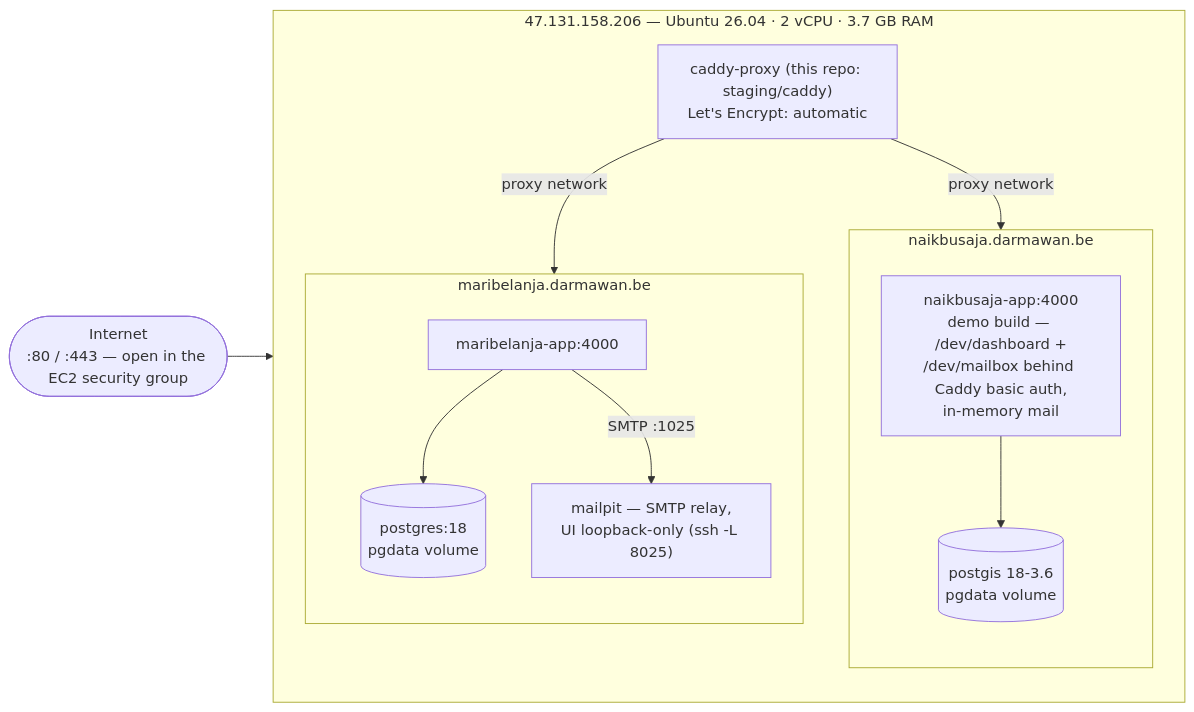
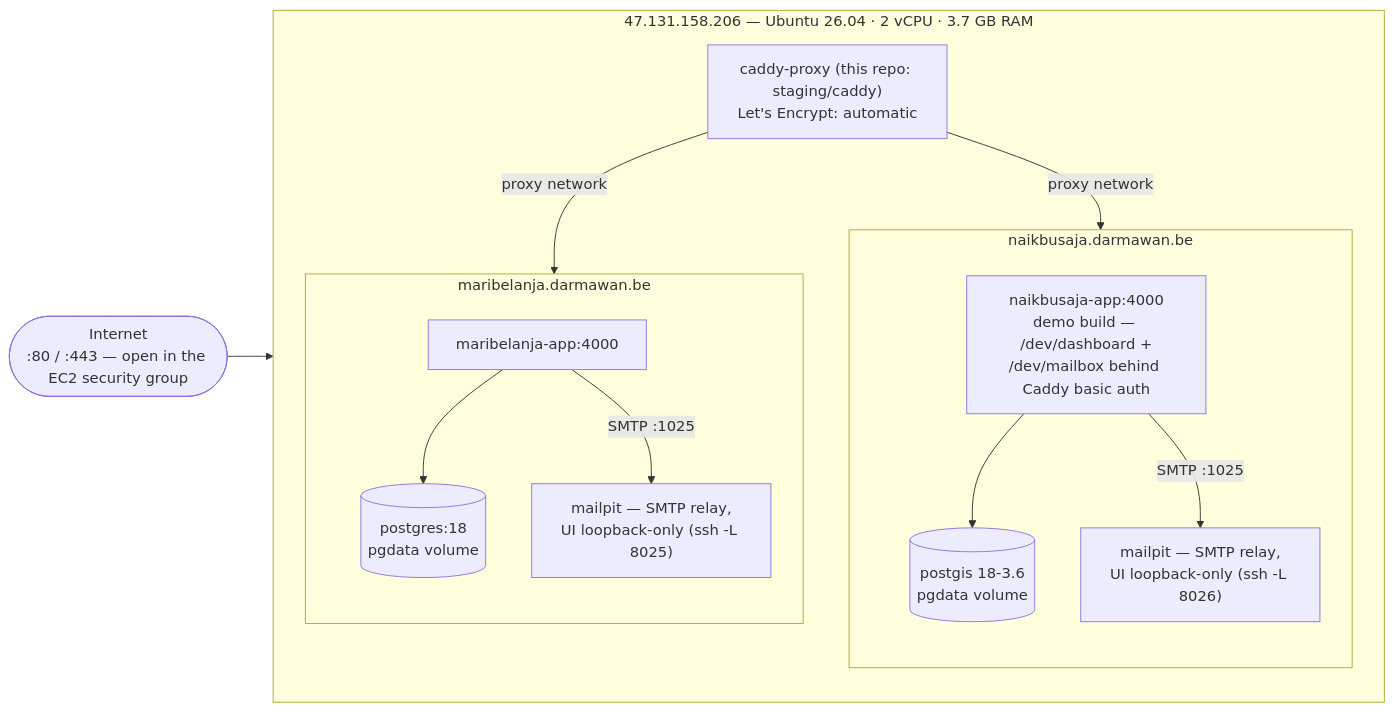
One commit to jeffdarmawan/darmawan-be-ops changed the diagram in staging/README.md. Above: the diagram before and after it, drawn with Mermaid. The commit also changed other lines of this file and 3 other files, not shown here.

First line of the commit message:
feat(staging): wire naikbusaja mailer to a bundled mailpit

````diff
--- a/staging/README.md
+++ b/staging/README.md
@@ -7,29 +7,31 @@
 ```mermaid
 flowchart LR
     internet(["Internet<br/>:80 / :443 — open in the EC2 security group"])
 
     subgraph host["47.131.158.206 — Ubuntu 26.04 · 2 vCPU · 3.7 GB RAM"]
         direction TB
         caddy["caddy-proxy (this repo: staging/caddy)<br/>Let's Encrypt: automatic"]
 
         subgraph nb["naikbusaja.darmawan.be"]
             direction TB
-            nbapp["naikbusaja-app:4000<br/>demo build — /dev/dashboard +<br/>/dev/mailbox behind Caddy basic auth,<br/>in-memory mail"]
+            nbapp["naikbusaja-app:4000<br/>demo build — /dev/dashboard +<br/>/dev/mailbox behind Caddy basic auth"]
             nbdb[("postgis 18-3.6<br/>pgdata volume")]
+            nbmp["mailpit — SMTP relay,<br/>UI loopback-only (ssh -L 8026)"]
         end
 
         subgraph mb["maribelanja.darmawan.be"]
             direction TB
             mbapp["maribelanja-app:4000"]
             mbdb[("postgres:18<br/>pgdata volume")]
             mp["mailpit — SMTP relay,<br/>UI loopback-only (ssh -L 8025)"]
         end
     end
 
     internet --> caddy
     caddy -->|"proxy network"| nbapp
     caddy -->|"proxy network"| mbapp
     nbapp --> nbdb
+    nbapp -->|"SMTP :1025"| nbmp
     mbapp --> mbdb
     mbapp -->|"SMTP :1025"| mp
 ```
````
